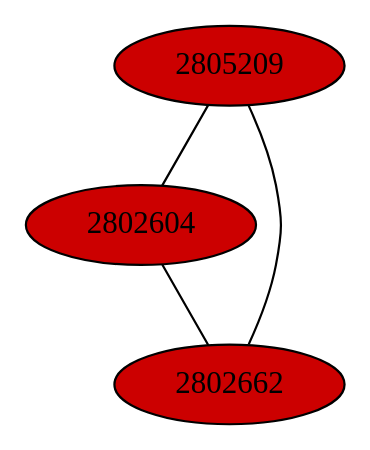
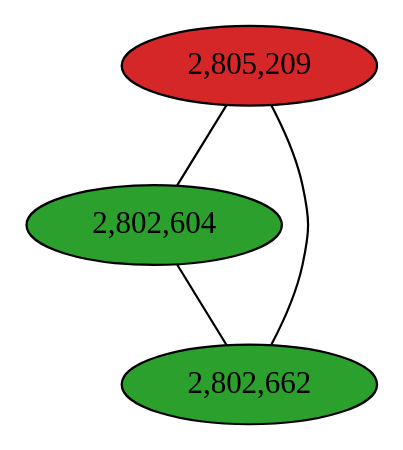
The diagram in notebooks/graphs/BACTEROIDALES_cc7.gv (fedarko/sheepgut), drawn with Graphviz before and after one commit. The commit also changed 59 other files, not shown here.

Commit message:
color lm graphs by gene #

```diff
--- a/notebooks/graphs/BACTEROIDALES_cc7.gv
+++ b/notebooks/graphs/BACTEROIDALES_cc7.gv
@@ -1,9 +1,9 @@
 graph BACTEROIDALES_cc7 {
 	K = 2.0;
-	2805209 [style="filled", fillcolor="#cc0000"];
-	2802604 [style="filled", fillcolor="#cc0000"];
-	2802662 [style="filled", fillcolor="#cc0000"];
-	2805209 -- 2802604;
-	2805209 -- 2802662;
-	2802604 -- 2802662;
+	overlap="prism2";	"2,805,209" [style="filled", fillcolor="#d62728", fontcolor="#000000"];
+	"2,802,604" [style="filled", fillcolor="#2ca02c", fontcolor="#000000"];
+	"2,802,662" [style="filled", fillcolor="#2ca02c", fontcolor="#000000"];
+	"2,805,209" -- "2,802,604";
+	"2,805,209" -- "2,802,662";
+	"2,802,604" -- "2,802,662";
 }
```
